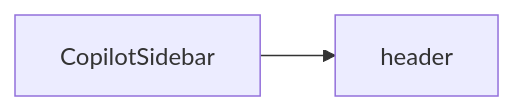
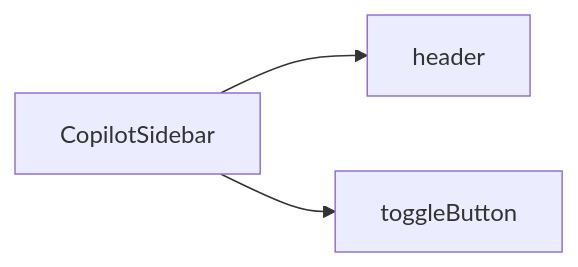
One commit to CopilotKit/CopilotKit changed the diagram in src/v2.x/apps/docs/reference/copilot-sidebar.mdx. Above: the diagram before and after it, drawn with Mermaid. The commit also changed other lines of this file and 7 other files, not shown here.

First line of the commit message:
feat(react): add toggleButton slot to CopilotSidebar and CopilotPopup

````diff
--- a/src/v2.x/apps/docs/reference/copilot-sidebar.mdx
+++ b/src/v2.x/apps/docs/reference/copilot-sidebar.mdx
@@ -22,4 +22,5 @@
 ```mermaid
 graph LR
     CS[CopilotSidebar] --> header
+    CS --> toggleButton
 ```
````
